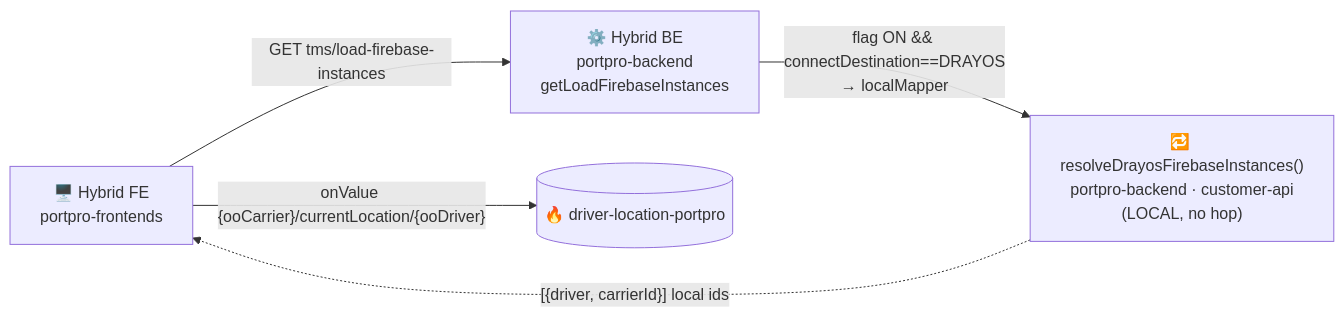
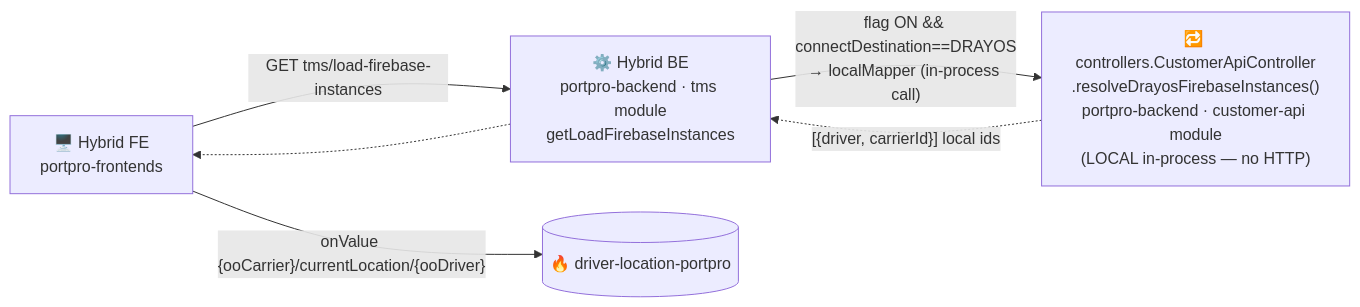
One commit to lamadev7/Obsidian-Vault changed the first of 3 diagrams in raw/Live Tracking Architecture/03 - Flow 3 - Hybrid to OO Carrier.md. Above: the diagram before and after it, drawn with Mermaid. The commit also changed other lines of this file and 3 other files, not shown here.

Commit message:
Correct hop chain: no portpro-public-api layer; Connect API = portpro-backend customer-api on Drayos BE

````diff
--- a/raw/Live Tracking Architecture/03 - Flow 3 - Hybrid to OO Carrier.md
+++ b/raw/Live Tracking Architecture/03 - Flow 3 - Hybrid to OO Carrier.md
@@ -25,12 +25,13 @@
 ```mermaid
 flowchart LR
   FE["🖥️ Hybrid FE<br/>portpro-frontends"]
-  BE["⚙️ Hybrid BE<br/>portpro-backend<br/>getLoadFirebaseInstances"]
-  LR2["🔁 resolveDrayosFirebaseInstances()<br/>portpro-backend · customer-api<br/>(LOCAL, no hop)"]
+  BE["⚙️ Hybrid BE<br/>portpro-backend · tms module<br/>getLoadFirebaseInstances"]
+  LR2["🔁 controllers.CustomerApiController<br/>.resolveDrayosFirebaseInstances()<br/>portpro-backend · customer-api module<br/>(LOCAL in-process — no HTTP)"]
   FB[("🔥 driver-location-portpro")]
 
   FE -->|"GET tms/load-firebase-instances"| BE
-  BE -->|"flag ON && connectDestination==DRAYOS<br/>→ localMapper"| LR2
-  LR2 -.->|"[{driver, carrierId}] local ids"| FE
+  BE -->|"flag ON && connectDestination==DRAYOS<br/>→ localMapper (in-process call)"| LR2
+  LR2 -.->|"[{driver, carrierId}] local ids"| BE
+  BE -.-> FE
   FE -->|"onValue {ooCarrier}/currentLocation/{ooDriver}"| FB
 ```
````
